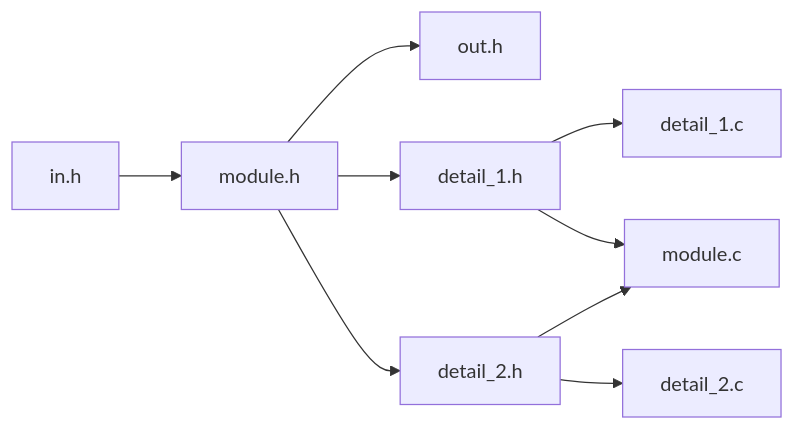
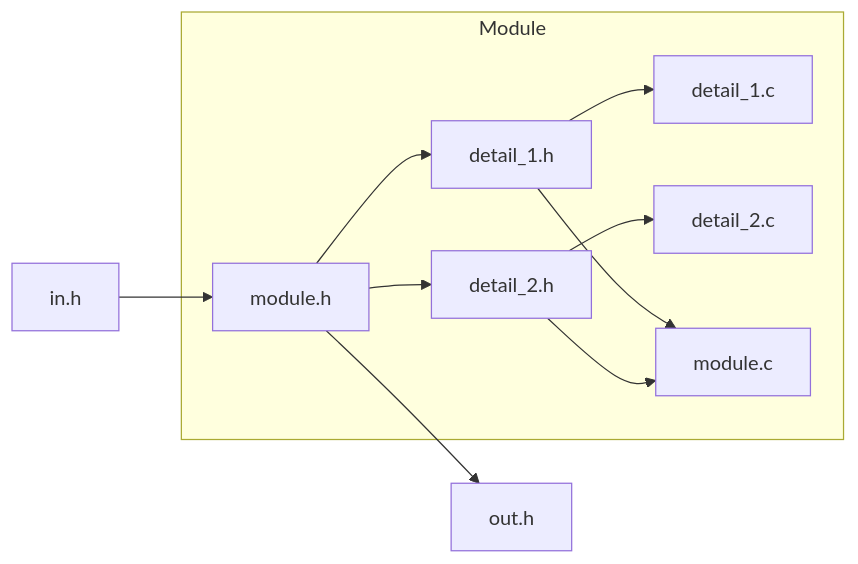
One commit to ShilianShen/Jasmin changed the second of 2 diagrams in README.md. Above: the diagram before and after it, drawn with Mermaid. The commit also changed other lines of this file and 2 other files, not shown here.

````diff
--- a/README.md
+++ b/README.md
@@ -44,8 +47,10 @@
 ```mermaid
 flowchart LR
+    subgraph Module
+        module.h --> detail_1.h --> detail_1.c
+        module.h --> detail_2.h --> detail_2.c
+        detail_1.h --> module.c
+        detail_2.h --> module.c
+    end
     in.h --> module.h --> out.h
-    module.h --> detail_1.h --> detail_1.c
-    module.h --> detail_2.h --> detail_2.c
-    detail_1.h --> module.c
-    detail_2.h --> module.c
 ```
````
